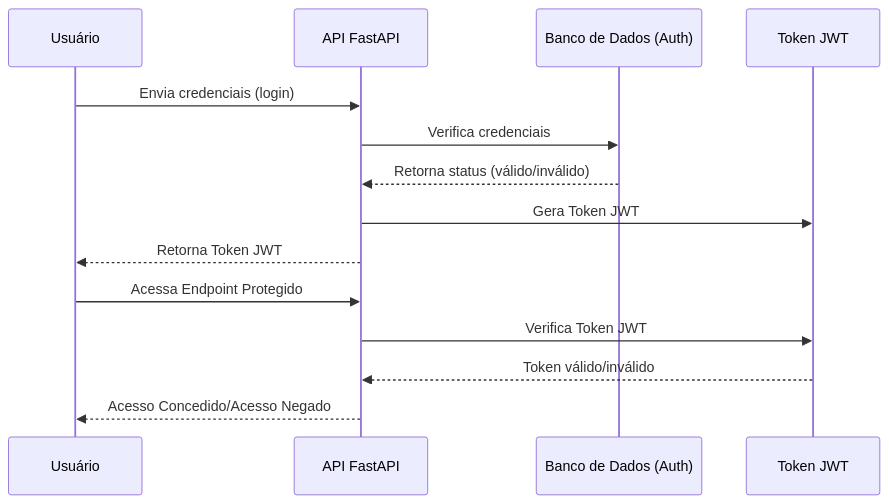
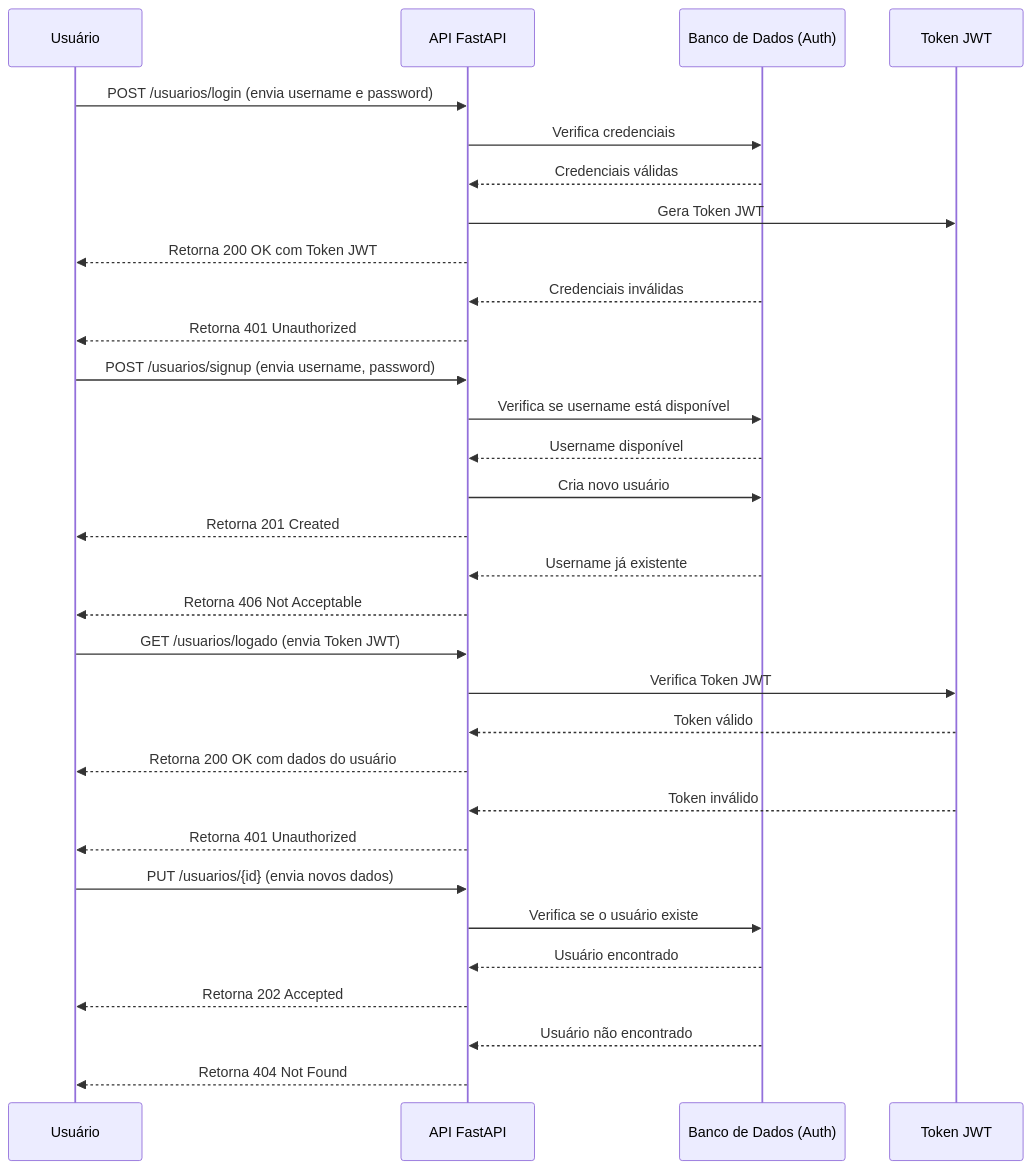
Before and after one commit to Renatmf5/API-FastApi-WebScraping: the second of 4 diagrams in README.md, drawn with Mermaid. The commit also changed other lines of this file, not shown here.

Commit message:
Documentação da FastApi Inclusão de diagramas par a parte de autenticação e autorização

````diff
--- a/README.md
+++ b/README.md
@@ -267,18 +303,37 @@
 ```mermaid
 sequenceDiagram
     participant User as Usuário
     participant API as API FastAPI
     participant AuthDB as Banco de Dados (Auth)
     participant JWT as Token JWT
     
-    User->>API: Envia credenciais (login)
+    User->>API: POST /usuarios/login (envia username e password)
     API->>AuthDB: Verifica credenciais
-    AuthDB-->>API: Retorna status (válido/inválido)
+    AuthDB-->>API: Credenciais válidas
     API->>JWT: Gera Token JWT
-    API-->>User: Retorna Token JWT
-    
-    User->>API: Acessa Endpoint Protegido
+    API-->>User: Retorna 200 OK com Token JWT
+    AuthDB-->>API: Credenciais inválidas
+    API-->>User: Retorna 401 Unauthorized
+
+    User->>API: POST /usuarios/signup (envia username, password)
+    API->>AuthDB: Verifica se username está disponível
+    AuthDB-->>API: Username disponível
+    API->>AuthDB: Cria novo usuário
+    API-->>User: Retorna 201 Created
+    AuthDB-->>API: Username já existente
+    API-->>User: Retorna 406 Not Acceptable
+
+    User->>API: GET /usuarios/logado (envia Token JWT)
     API->>JWT: Verifica Token JWT
-    JWT-->>API: Token válido/inválido
-    API-->>User: Acesso Concedido/Acesso Negado
+    JWT-->>API: Token válido
+    API-->>User: Retorna 200 OK com dados do usuário
+    JWT-->>API: Token inválido
+    API-->>User: Retorna 401 Unauthorized
+
+    User->>API: PUT /usuarios/{id} (envia novos dados)
+    API->>AuthDB: Verifica se o usuário existe
+    AuthDB-->>API: Usuário encontrado
+    API-->>User: Retorna 202 Accepted
+    AuthDB-->>API: Usuário não encontrado
+    API-->>User: Retorna 404 Not Found
 ```
````
